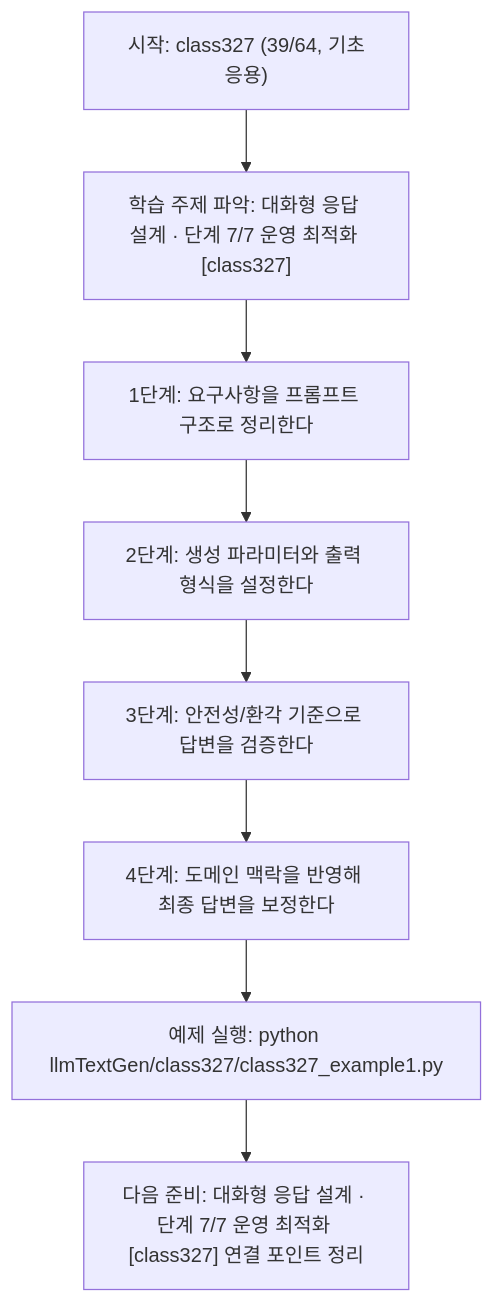
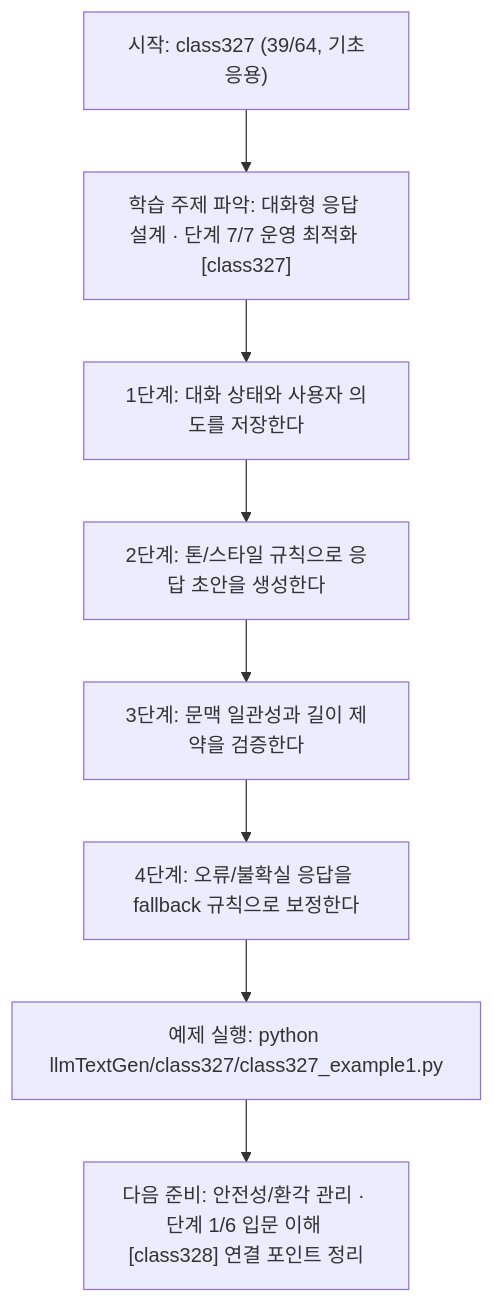
The diagram in llmTextGen/class327/class327.md (edumgt/Python-AI_Agent-Class), drawn with Mermaid before and after one commit. The commit also changed other lines of this file and 451 other files, not shown here.

````diff
--- a/llmTextGen/class327/class327.md
+++ b/llmTextGen/class327/class327.md
@@ -114,18 +95,18 @@
 ```mermaid
 flowchart TD
 N1["시작: class327 (39/64, 기초응용)"]
 N2["학습 주제 파악: 대화형 응답 설계 · 단계 7/7 운영 최적화 [class327]"]
-N3["1단계: 요구사항을 프롬프트 구조로 정리한다"]
-N4["2단계: 생성 파라미터와 출력 형식을 설정한다"]
-N5["3단계: 안전성/환각 기준으로 답변을 검증한다"]
-N6["4단계: 도메인 맥락을 반영해 최종 답변을 보정한다"]
+N3["1단계: 대화 상태와 사용자 의도를 저장한다"]
+N4["2단계: 톤/스타일 규칙으로 응답 초안을 생성한다"]
+N5["3단계: 문맥 일관성과 길이 제약을 검증한다"]
+N6["4단계: 오류/불확실 응답을 fallback 규칙으로 보정한다"]
 N7["예제 실행: python llmTextGen/class327/class327_example1.py"]
-N8["다음 준비: 대화형 응답 설계 · 단계 7/7 운영 최적화 [class327] 연결 포인트 정리"]
+N8["다음 준비: 안전성/환각 관리 · 단계 1/6 입문 이해 [class328] 연결 포인트 정리"]
 N1 --> N2
 N2 --> N3
 N3 --> N4
 N4 --> N5
 N5 --> N6
 N6 --> N7
 N7 --> N8
 ```
````
